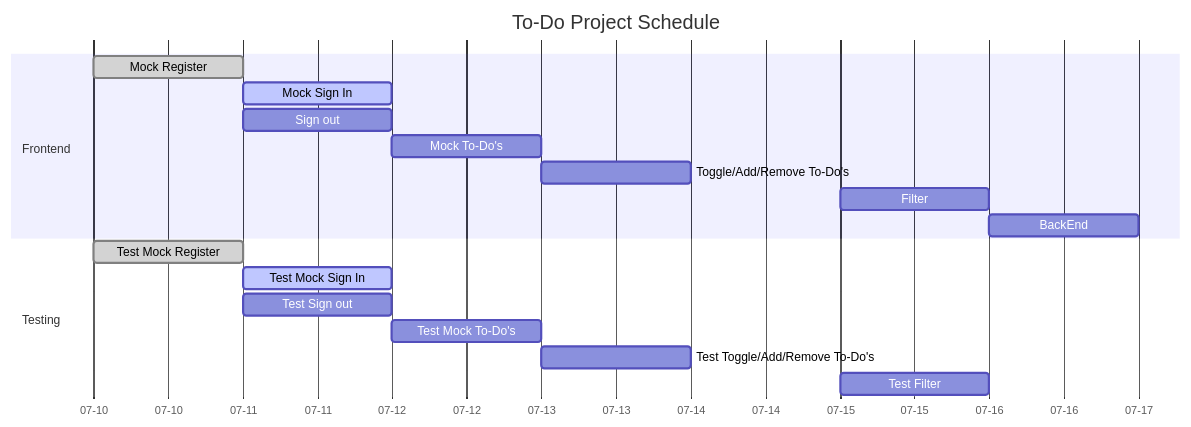
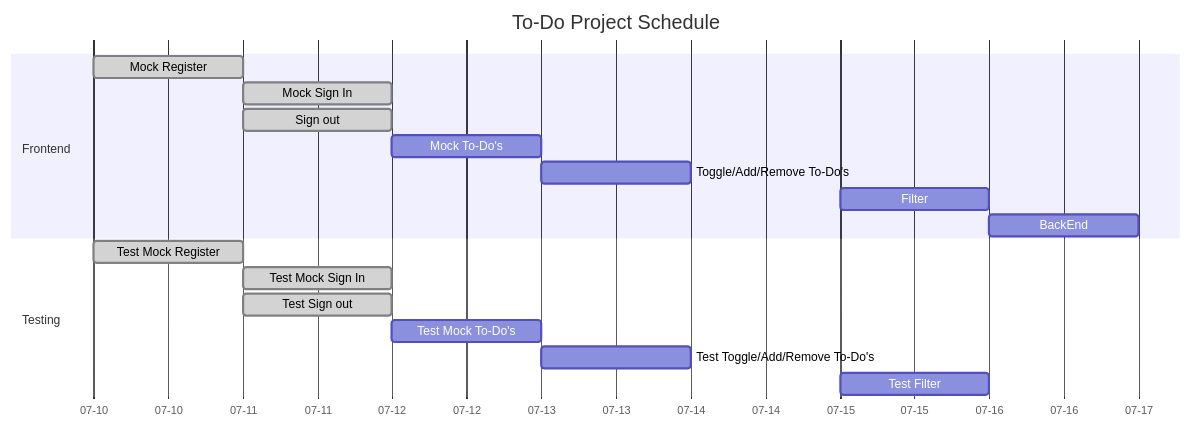
One commit to RafaelM011/ToDo-FrontEnd changed the diagram in README.md. Above: the diagram before and after it, drawn with Mermaid. The commit also changed other lines of this file and 4 other files, not shown here.

````diff
--- a/README.md
+++ b/README.md
@@ -23,23 +23,23 @@
 ```mermaid
     gantt 
         title To-Do Project Schedule
         dateFormat MM-DD
         axisFormat %m-%d
         
         section Frontend
             Mock Register                   :done, 07-10, 1d
-            Mock Sign In                    :active, 07-11, 1d
-            Sign out                        :07-11, 1d
+            Mock Sign In                    :done, 07-11, 1d
+            Sign out                        :done, 07-11, 1d
             Mock To-Do's                    :07-12, 1d
             Toggle/Add/Remove To-Do's       :07-13, 1d
             Filter                          :07-15, 1d
             BackEnd                         :07-16, 1d
 
         section Testing
             Test Mock Register              :done, 07-10, 1d
-            Test Mock Sign In               :active, 07-11, 1d
-            Test Sign out                   :07-11, 1d
+            Test Mock Sign In               :done, 07-11, 1d
+            Test Sign out                   :done, 07-11, 1d
             Test Mock To-Do's               :07-12, 1d
             Test Toggle/Add/Remove To-Do's  :07-13, 1d
             Test Filter                     :07-15,1d
 ```
````
